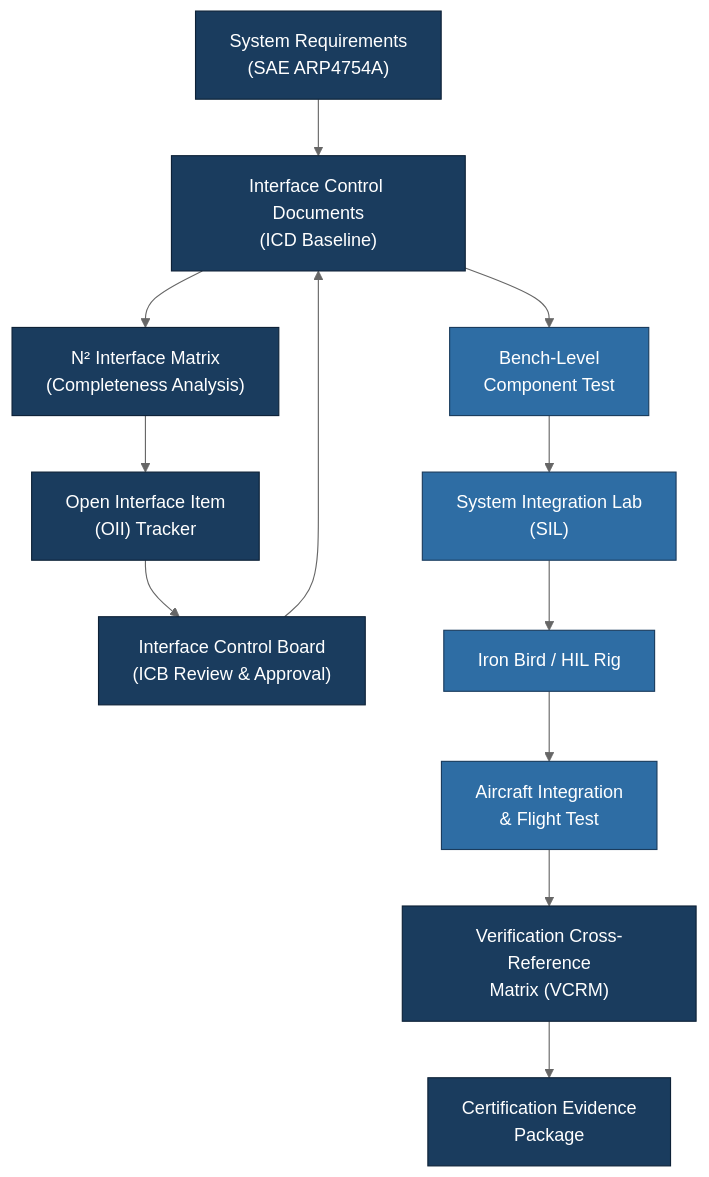
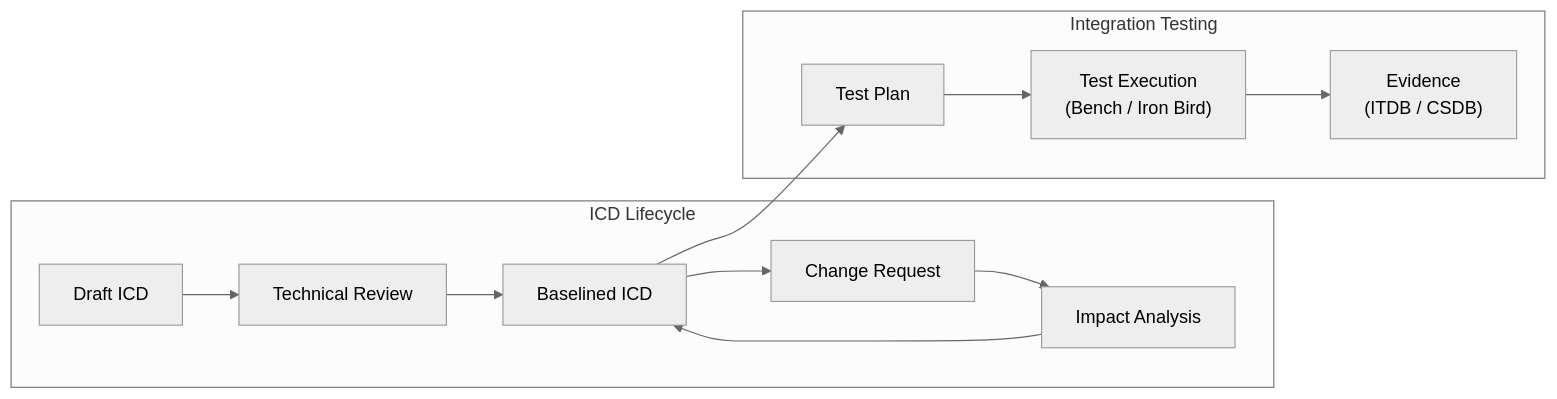
The second of 3 diagrams in Q+ATLANTIDE/000-099_ATLAS/040-049_Avionica-Informacion-y-APU/040_Multisystem/040-040-System-Integration-and-Interface-Management.md (AmedeoPelliccia/Qplus-For-All-Queer-People-and-Quantum), drawn with Mermaid (neutral theme) before and after one commit. The commit also changed other lines of this file and 6 other files, not shown here.

````diff
--- a/Q+ATLANTIDE/000-099_ATLAS/040-049_Avionica-Informacion-y-APU/040_Multisystem/040-040-System-Integration-and-Interface-Management.md
+++ b/Q+ATLANTIDE/000-099_ATLAS/040-049_Avionica-Informacion-y-APU/040_Multisystem/040-040-System-Integration-and-Interface-Management.md
@@ -66,21 +168,18 @@
 ```mermaid
-flowchart TD
-    REQ["System Requirements\n(SAE ARP4754A)"] --> ICD["Interface Control Documents\n(ICD Baseline)"]
-    ICD --> N2["N² Interface Matrix\n(Completeness Analysis)"]
-    N2 --> OII["Open Interface Item\n(OII) Tracker"]
-    OII --> ICB["Interface Control Board\n(ICB Review & Approval)"]
-    ICB --> ICD
+graph LR
+    subgraph ICDLifecycle["ICD Lifecycle"]
+        DRAFT["Draft ICD"]
+        REVIEW["Technical Review"]
+        BASELINE["Baselined ICD"]
+        CHANGE["Change Request"]
+        IMPACT["Impact Analysis"]
+    end
+    subgraph IntTest["Integration Testing"]
+        TP["Test Plan"]
+        TE["Test Execution\n(Bench / Iron Bird)"]
+        EVID["Evidence\n(ITDB / CSDB)"]
+    end
 
-    ICD --> BENCH["Bench-Level\nComponent Test"]
-    BENCH --> SIL["System Integration Lab\n(SIL)"]
-    SIL --> IRONBIRD["Iron Bird / HIL Rig"]
-    IRONBIRD --> AIRCRAFT["Aircraft Integration\n& Flight Test"]
-
-    AIRCRAFT --> VCRM["Verification Cross-Reference\nMatrix (VCRM)"]
-    VCRM --> CERT["Certification Evidence\nPackage"]
-
-    classDef process fill:#1a3c5e,color:#fff,stroke:#0d2137
-    classDef test fill:#2e6da4,color:#fff,stroke:#1a3c5e
-    class REQ,ICD,N2,OII,ICB,VCRM,CERT process
-    class BENCH,SIL,IRONBIRD,AIRCRAFT test
+    DRAFT --> REVIEW --> BASELINE --> CHANGE --> IMPACT --> BASELINE
+    BASELINE --> TP --> TE --> EVID
 ```
````
